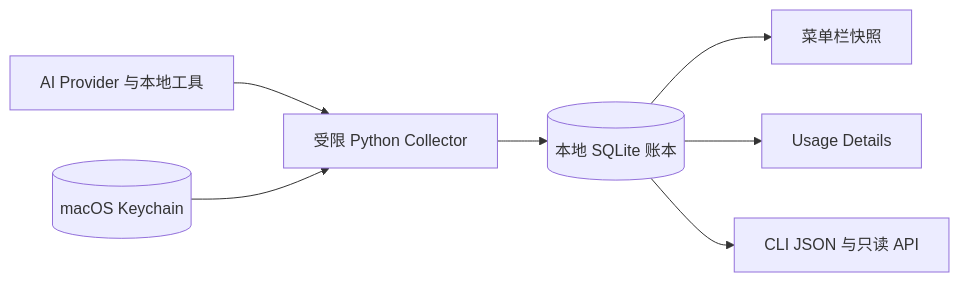
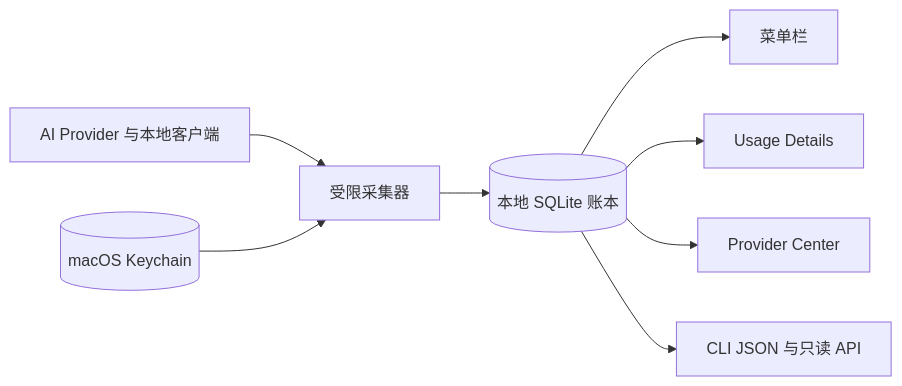
Before and after one commit to tttboy123/openusage-bar: the diagram in README.md, drawn with Mermaid. The commit also changed other lines of this file and 39 other files, not shown here.

````diff
--- a/README.md
+++ b/README.md
@@ -55,9 +54,10 @@
 ```mermaid
 flowchart LR
-  A[AI Provider 与本地工具] --> B[受限 Python Collector]
+  A[AI Provider 与本地客户端] --> B[受限采集器]
   K[(macOS Keychain)] --> B
   B --> D[(本地 SQLite 账本)]
-  D --> E[菜单栏快照]
+  D --> E[菜单栏]
   D --> F[Usage Details]
-  D --> G[CLI JSON 与只读 API]
+  D --> G[Provider Center]
+  D --> H[CLI JSON 与只读 API]
 ```
````
